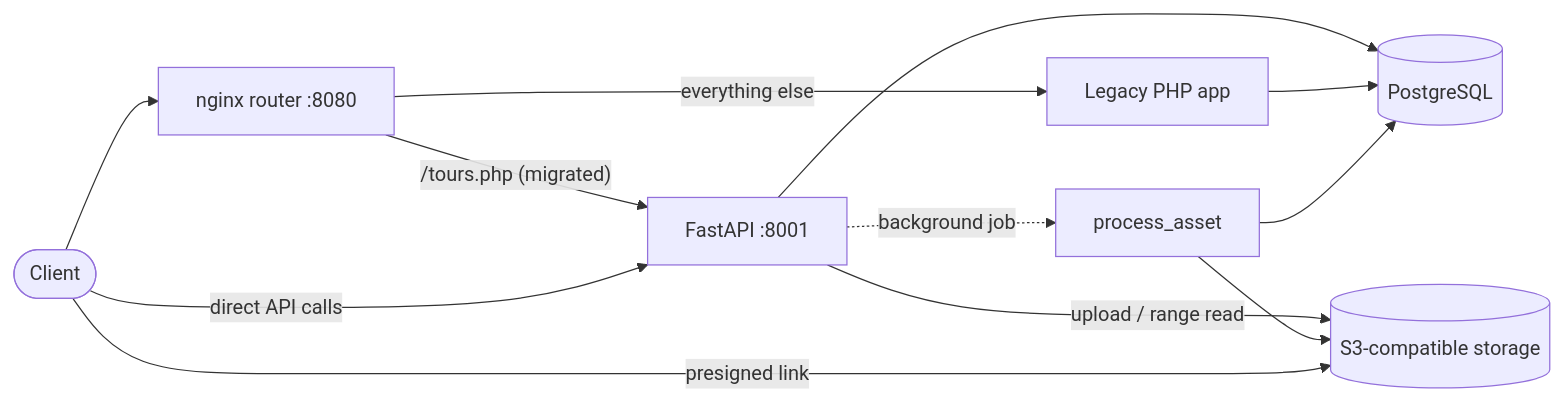
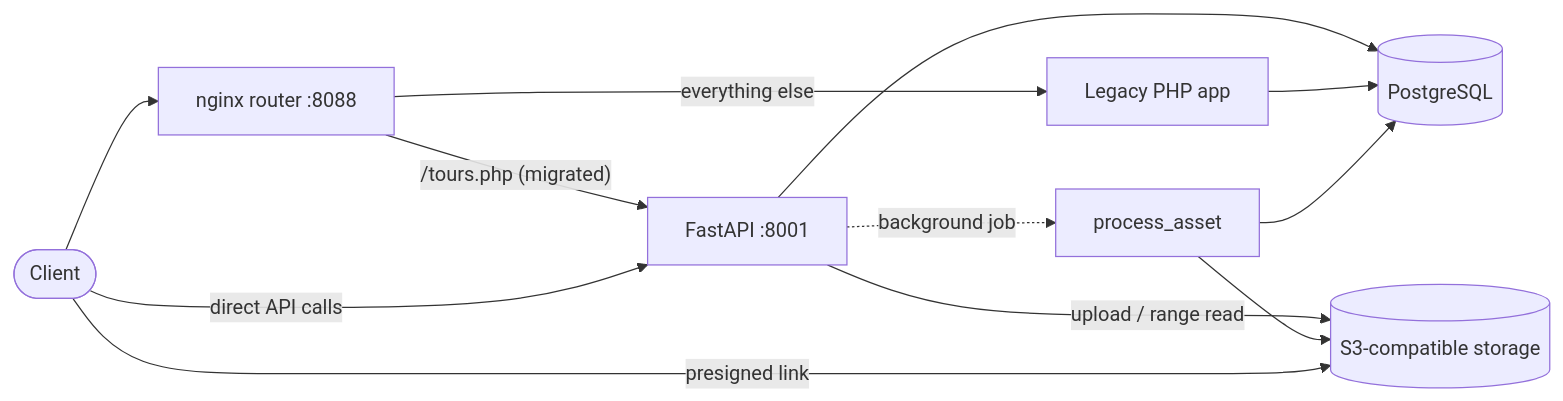
One commit to Amaljiththedev/tourvault changed the diagram in README.md. Above: the diagram before and after it, drawn with Mermaid. The commit also changed other lines of this file and 9 other files, not shown here.

````diff
--- a/README.md
+++ b/README.md
@@ -9,14 +9,14 @@
 ```mermaid
 flowchart LR
-    client([Client]) --> router[nginx router :8080]
+    client([Client]) --> router[nginx router :8088]
     router -- "/tours.php (migrated)" --> api[FastAPI :8001]
     router -- "everything else" --> php[Legacy PHP app]
     client -- "direct API calls" --> api
     api --> pg[(PostgreSQL)]
     php --> pg
     api -- "upload / range read" --> s3[(S3-compatible storage)]
     api -. "background job" .-> worker[process_asset]
     worker --> s3
     worker --> pg
     client -- "presigned link" --> s3
 ```
````
